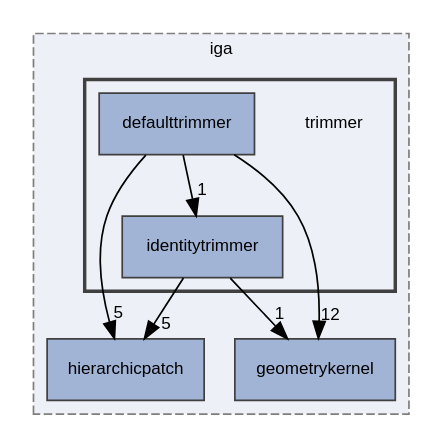
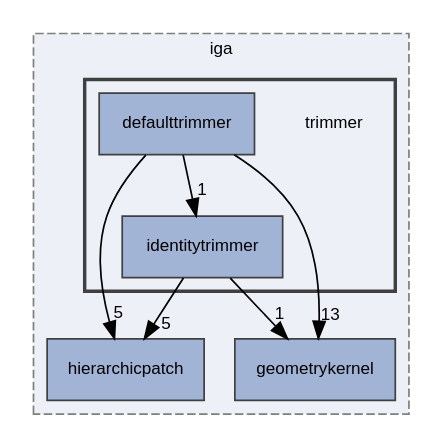
The diagram in dir_7d0c370ab440c4b4f78419bfc8c93eb8_dep.dot (rath3t/dune-iga-doc), drawn with Graphviz before and after one commit. The commit also changed 1693 other files, not shown here.

```diff
--- a/dir_7d0c370ab440c4b4f78419bfc8c93eb8_dep.dot
+++ b/dir_7d0c370ab440c4b4f78419bfc8c93eb8_dep.dot
@@ -1,23 +1,23 @@
 digraph "trimmer"
 {
  // LATEX_PDF_SIZE
   edge [fontname="Helvetica",fontsize="10",labelfontname="Helvetica",labelfontsize="10"];
   node [fontname="Helvetica",fontsize="10",shape=record];
   compound=true
   subgraph clusterdir_d2a3c23294a1b1015b1b8e8721ddded8 {
     graph [ bgcolor="#edf0f7", pencolor="grey50", style="filled,dashed,", label="iga", fontname="Helvetica", fontsize="10", URL="dir_d2a3c23294a1b1015b1b8e8721ddded8.html"]
   dir_12fc9e68aad46ae2d80ba50ef1c96d76 [shape=box, label="hierarchicpatch", style="filled,", fillcolor="#a2b4d6", color="grey25", URL="dir_12fc9e68aad46ae2d80ba50ef1c96d76.html"];
   dir_98571e7345f7327fea7723ec1a12d870 [shape=box, label="geometrykernel", style="filled,", fillcolor="#a2b4d6", color="grey25", URL="dir_98571e7345f7327fea7723ec1a12d870.html"];
   subgraph clusterdir_7d0c370ab440c4b4f78419bfc8c93eb8 {
     graph [ bgcolor="#edf0f7", pencolor="grey25", style="filled,bold,", label="", fontname="Helvetica", fontsize="10", URL="dir_7d0c370ab440c4b4f78419bfc8c93eb8.html"]
     dir_7d0c370ab440c4b4f78419bfc8c93eb8 [shape=plaintext, label="trimmer"];
   dir_265321845ed2650d675b22a94b62262d [shape=box, label="defaulttrimmer", style="filled,", fillcolor="#a2b4d6", color="grey25", URL="dir_265321845ed2650d675b22a94b62262d.html"];
   dir_aa3557bd66a6784b3b9e663253e8d0ba [shape=box, label="identitytrimmer", style="filled,", fillcolor="#a2b4d6", color="grey25", URL="dir_aa3557bd66a6784b3b9e663253e8d0ba.html"];
   }
   }
   dir_265321845ed2650d675b22a94b62262d->dir_12fc9e68aad46ae2d80ba50ef1c96d76 [headlabel="5", labeldistance=1.5 headhref="dir_000001_000007.html"];
-  dir_265321845ed2650d675b22a94b62262d->dir_98571e7345f7327fea7723ec1a12d870 [headlabel="12", labeldistance=1.5 headhref="dir_000001_000006.html"];
+  dir_265321845ed2650d675b22a94b62262d->dir_98571e7345f7327fea7723ec1a12d870 [headlabel="13", labeldistance=1.5 headhref="dir_000001_000006.html"];
   dir_265321845ed2650d675b22a94b62262d->dir_aa3557bd66a6784b3b9e663253e8d0ba [headlabel="1", labeldistance=1.5 headhref="dir_000001_000008.html"];
   dir_aa3557bd66a6784b3b9e663253e8d0ba->dir_12fc9e68aad46ae2d80ba50ef1c96d76 [headlabel="5", labeldistance=1.5 headhref="dir_000008_000007.html"];
   dir_aa3557bd66a6784b3b9e663253e8d0ba->dir_98571e7345f7327fea7723ec1a12d870 [headlabel="1", labeldistance=1.5 headhref="dir_000008_000006.html"];
 }
```
